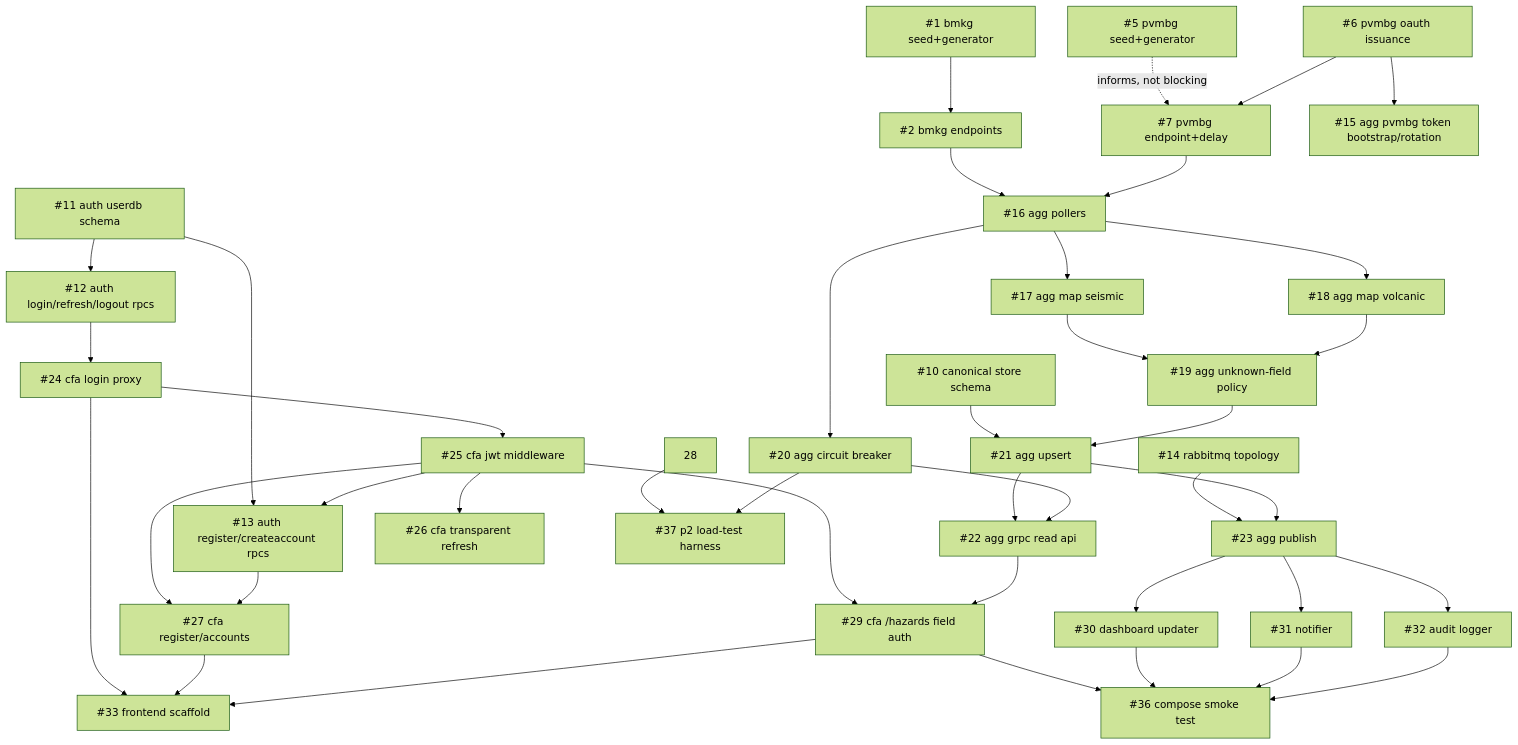
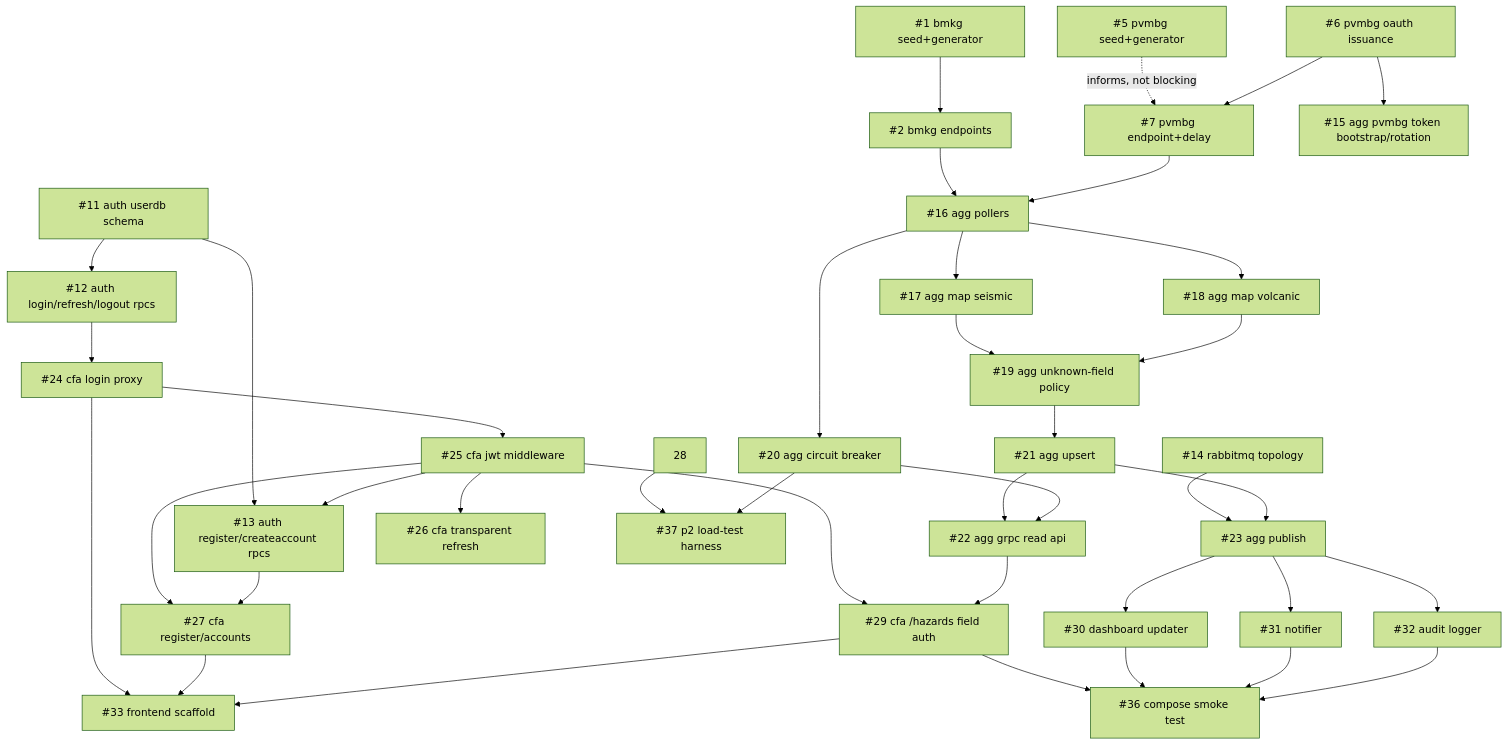
The diagram in doc/BACKLOG_DEPENDENCIES.md (brii26/distributed-hazard-coordination), drawn with Mermaid (forest theme) before and after one commit. The commit also changed other lines of this file, not shown here.

First line of the commit message:
[docs] Backlog graph: #8, #9, #10 merged (#52)

````diff
--- a/doc/BACKLOG_DEPENDENCIES.md
+++ b/doc/BACKLOG_DEPENDENCIES.md
@@ -29,52 +27,51 @@
 ```mermaid
 graph TD
   1["#1 bmkg seed+generator"] --> 2["#2 bmkg endpoints"]
   5["#5 pvmbg seed+generator"] -.->|informs, not blocking| 7
 
   6["#6 pvmbg oauth issuance"] --> 15["#15 agg pvmbg token bootstrap/rotation"]
   6 --> 7["#7 pvmbg endpoint+delay"]
 
   2 --> 16["#16 agg pollers"]
   7 --> 16
   16 --> 17["#17 agg map seismic"]
   16 --> 18["#18 agg map volcanic"]
   16 --> 20["#20 agg circuit breaker"]
   17 --> 19["#19 agg unknown-field policy"]
   18 --> 19
 
-  10["#10 canonical store schema"] --> 21["#21 agg upsert"]
-  19 --> 21
+  19 --> 21["#21 agg upsert"]
   21 --> 22["#22 agg grpc read api"]
   20 --> 22
 
   14["#14 rabbitmq topology"] --> 23["#23 agg publish"]
   21 --> 23
 
   11["#11 auth userdb schema"] --> 12["#12 auth login/refresh/logout rpcs"]
   11 --> 13["#13 auth register/createaccount rpcs"]
 
   12 --> 24["#24 cfa login proxy"]
   24 --> 25["#25 cfa jwt middleware"]
   25 --> 26["#26 cfa transparent refresh"]
   25 --> 13
   25 --> 27["#27 cfa register/accounts"]
   13 --> 27
   25 --> 29["#29 cfa /hazards field auth"]
   22 --> 29
 
   23 --> 30["#30 dashboard updater"]
   23 --> 31["#31 notifier"]
   23 --> 32["#32 audit logger"]
 
   24 --> 33["#33 frontend scaffold"]
   27 --> 33
   29 --> 33
 
   29 --> 36["#36 compose smoke test"]
   30 --> 36
   31 --> 36
   32 --> 36
 
   28 --> 37["#37 p2 load-test harness"]
   20 --> 37
 ```
````
